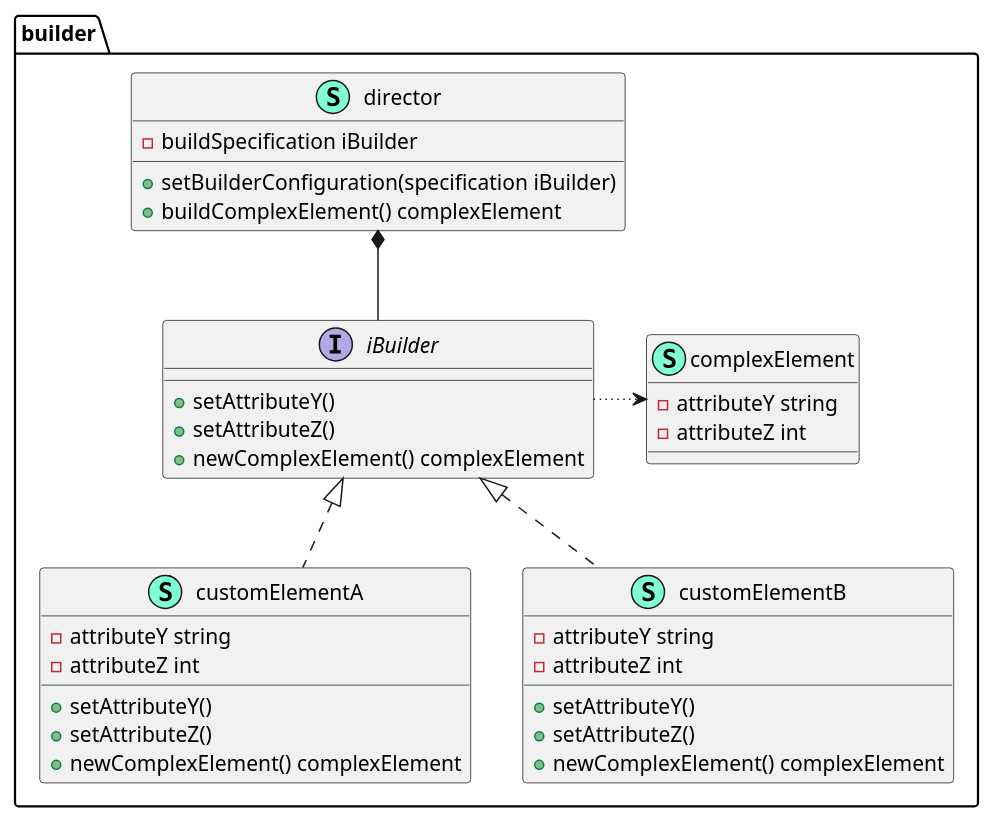
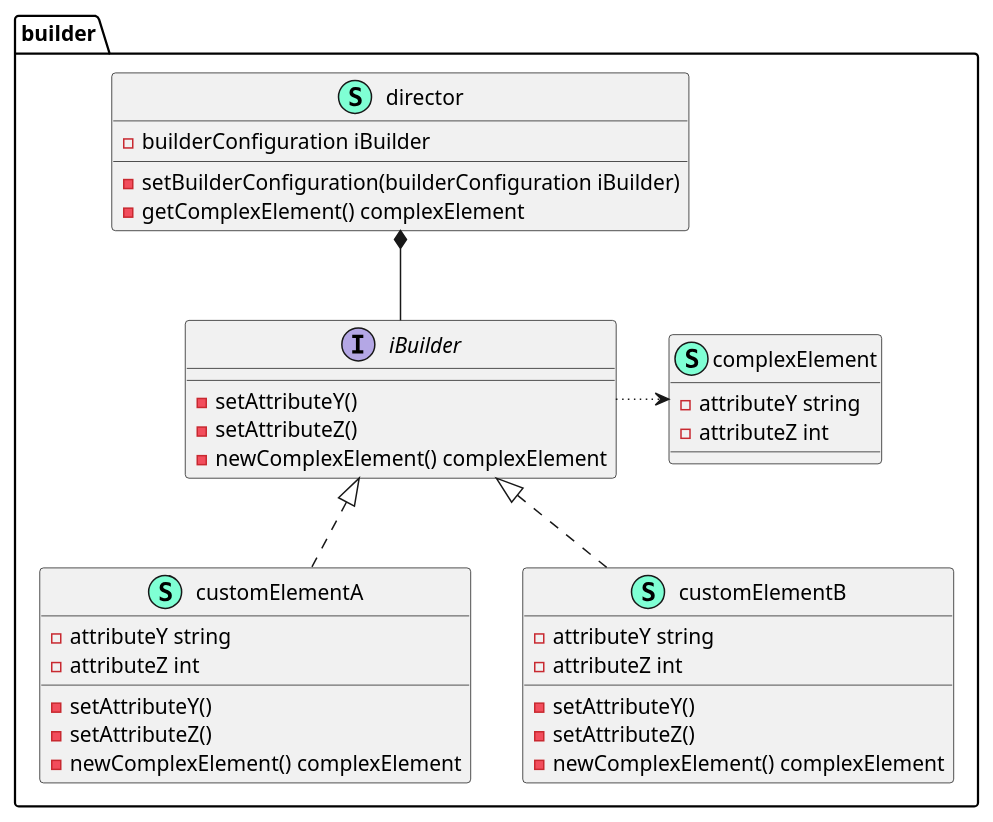
The diagram in go-dsgn-pttrn-builder.puml (cloudemprise/go-dsgn-pttrn-builder), drawn with PlantUML before and after one commit. The commit also changed 2 other files, not shown here.

```diff
--- a/go-dsgn-pttrn-builder.puml
+++ b/go-dsgn-pttrn-builder.puml
@@ -1,55 +1,56 @@
 @startuml builder
 
 namespace builder {
-     class customElementA << (S,Aquamarine) >> {
+    class customElementA << (S,Aquamarine) >> {
         - attributeY string
         - attributeZ int
 
-        + setAttributeY() 
-        + setAttributeZ() 
-        + newComplexElement() complexElement
+        - setAttributeY() 
+        - setAttributeZ() 
+        - newComplexElement() complexElement
 
     }
     class customElementB << (S,Aquamarine) >> {
         - attributeY string
         - attributeZ int
 
-        + setAttributeY() 
-        + setAttributeZ() 
-        + newComplexElement() complexElement
+        - setAttributeY() 
+        - setAttributeZ() 
+        - newComplexElement() complexElement
 
     }
     class director << (S,Aquamarine) >> {
-        - buildSpecification iBuilder
+        - builderConfiguration iBuilder
 
-        + setBuilderConfiguration(specification iBuilder) 
-        + buildComplexElement() complexElement
+        - setBuilderConfiguration(builderConfiguration iBuilder) 
+        - getComplexElement() complexElement
 
     }
     interface iBuilder  {
-        + setAttributeY() 
-        + setAttributeZ() 
-        + newComplexElement() complexElement
+        - setAttributeY() 
+        - setAttributeZ() 
+        - newComplexElement() complexElement
+
     }
     class complexElement << (S,Aquamarine) >> {
         - attributeY string
         - attributeZ int
 
     }
 }
 
 "builder.director" *-- "builder.iBuilder"
 
 /' together {
     class builder.customElementA
     class builder.customElementB
 } '/
 "builder.iBuilder" <|.. "builder.customElementA"
 "builder.iBuilder" <|.. "builder.customElementB"
 
 'hide builder.complexElement
 '"builder.iBuilder" .> "builder.complexElement"
 "builder.iBuilder" .[dotted,thickness=1]> "builder.complexElement"
 
 
 @enduml
```
